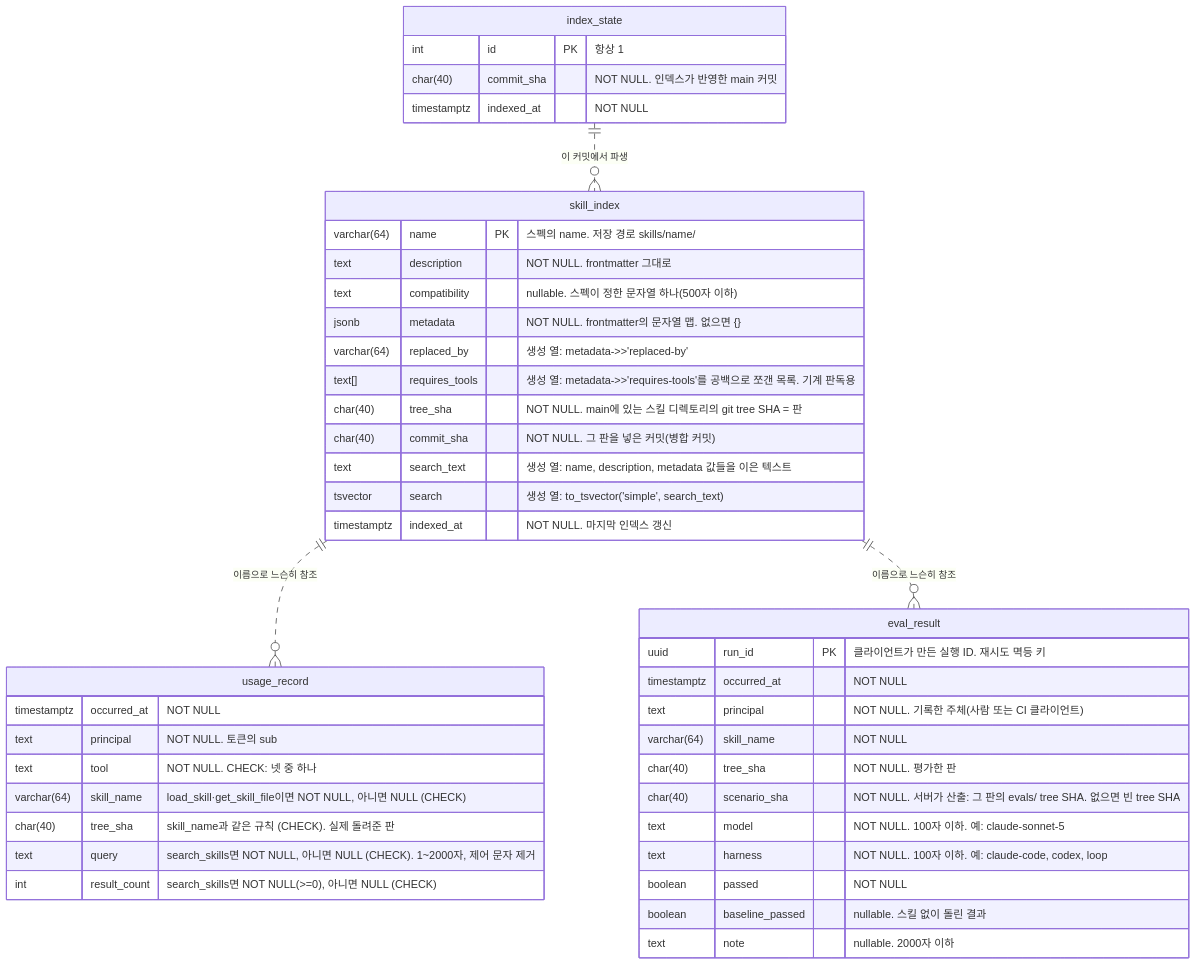
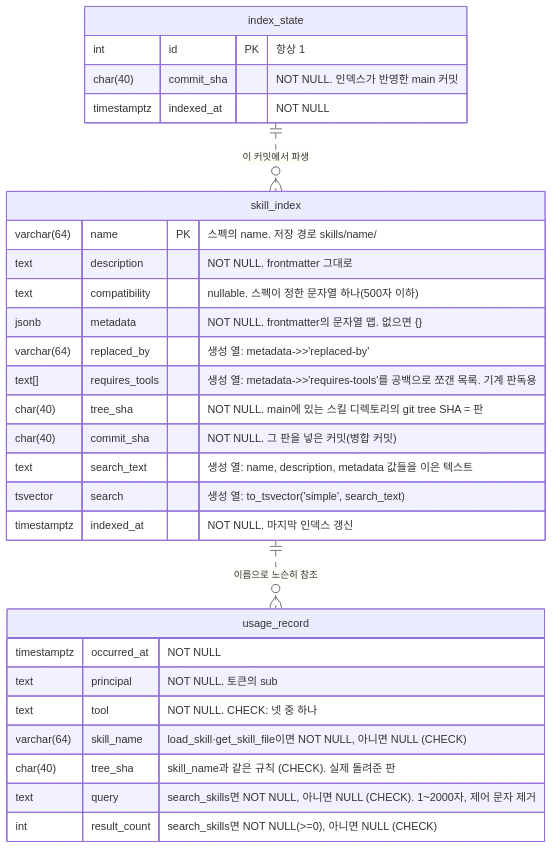
Before and after one commit to alteralab/harness-catalog: the third of 4 diagrams in DESIGN.md, drawn with Mermaid. The commit also changed other lines of this file and 5 other files, not shown here.

First line of the commit message:
design·plans: v3.4 — 평가 결과의 정본을 Langfuse로, eval_result·record_eval·skills:write 제거 (사용자 결정)

````diff
--- a/DESIGN.md
+++ b/DESIGN.md
@@ -216,46 +210,32 @@
 ```mermaid
 erDiagram
     skill_index {
         varchar(64) name PK "스펙의 name. 저장 경로 skills/name/"
         text description "NOT NULL. frontmatter 그대로"
         text compatibility "nullable. 스펙이 정한 문자열 하나(500자 이하)"
         jsonb metadata "NOT NULL. frontmatter의 문자열 맵. 없으면 {}"
         varchar(64) replaced_by "생성 열: metadata->>'replaced-by'"
         text[] requires_tools "생성 열: metadata->>'requires-tools'를 공백으로 쪼갠 목록. 기계 판독용"
         char(40) tree_sha "NOT NULL. main에 있는 스킬 디렉토리의 git tree SHA = 판"
         char(40) commit_sha "NOT NULL. 그 판을 넣은 커밋(병합 커밋)"
         text search_text "생성 열: name, description, metadata 값들을 이은 텍스트"
         tsvector search "생성 열: to_tsvector('simple', search_text)"
         timestamptz indexed_at "NOT NULL. 마지막 인덱스 갱신"
     }
     usage_record {
         timestamptz occurred_at "NOT NULL"
         text principal "NOT NULL. 토큰의 sub"
         text tool "NOT NULL. CHECK: 넷 중 하나"
         varchar(64) skill_name "load_skill·get_skill_file이면 NOT NULL, 아니면 NULL (CHECK)"
         char(40) tree_sha "skill_name과 같은 규칙 (CHECK). 실제 돌려준 판"
         text query "search_skills면 NOT NULL, 아니면 NULL (CHECK). 1~2000자, 제어 문자 제거"
         int result_count "search_skills면 NOT NULL(>=0), 아니면 NULL (CHECK)"
     }
     index_state {
         int id PK "항상 1"
         char(40) commit_sha "NOT NULL. 인덱스가 반영한 main 커밋"
         timestamptz indexed_at "NOT NULL"
     }
-    eval_result {
-        uuid run_id PK "클라이언트가 만든 실행 ID. 재시도 멱등 키"
-        timestamptz occurred_at "NOT NULL"
-        text principal "NOT NULL. 기록한 주체(사람 또는 CI 클라이언트)"
-        varchar(64) skill_name "NOT NULL"
-        char(40) tree_sha "NOT NULL. 평가한 판"
-        char(40) scenario_sha "NOT NULL. 서버가 산출: 그 판의 evals/ tree SHA. 없으면 빈 tree SHA"
-        text model "NOT NULL. 100자 이하. 예: claude-sonnet-5"
-        text harness "NOT NULL. 100자 이하. 예: claude-code, codex, loop"
-        boolean passed "NOT NULL"
-        boolean baseline_passed "nullable. 스킬 없이 돌린 결과"
-        text note "nullable. 2000자 이하"
-    }
     skill_index ||..o{ usage_record : "이름으로 느슨히 참조"
-    skill_index ||..o{ eval_result : "이름으로 느슨히 참조"
     index_state ||..o{ skill_index : "이 커밋에서 파생"
 ```
````
